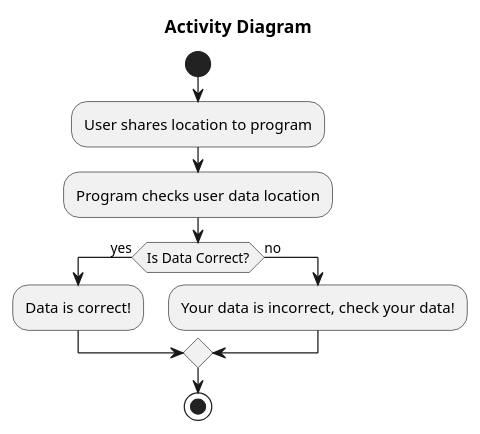
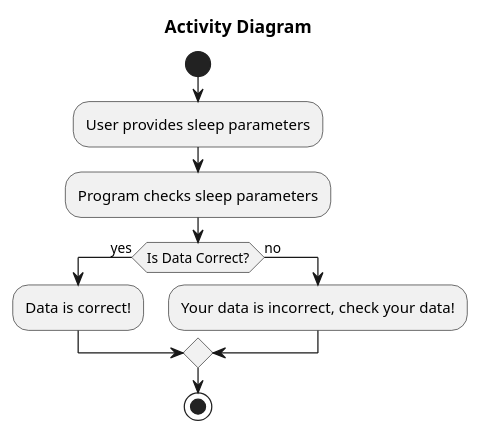
The diagram in 2-SoftwareDesign/2.7-PlantUML/UML-Activity.puml (oleksandrblazhko/ai201-bogachik), drawn with PlantUML before and after one commit.

```diff
--- a/2-SoftwareDesign/2.7-PlantUML/UML-Activity.puml
+++ b/2-SoftwareDesign/2.7-PlantUML/UML-Activity.puml
@@ -1,18 +1,18 @@
 @startuml
 
 title Activity Diagram 
 
 start
 
-:User shares location to program; 
-:Program checks user data location;
+:User provides sleep parameters; 
+:Program checks sleep parameters;
 
 if (Is Data Correct?) then (yes)
   :Data is correct!;
 else (no)
   :Your data is incorrect, check your data!;
 endif
 
 stop
 
 @enduml
```
